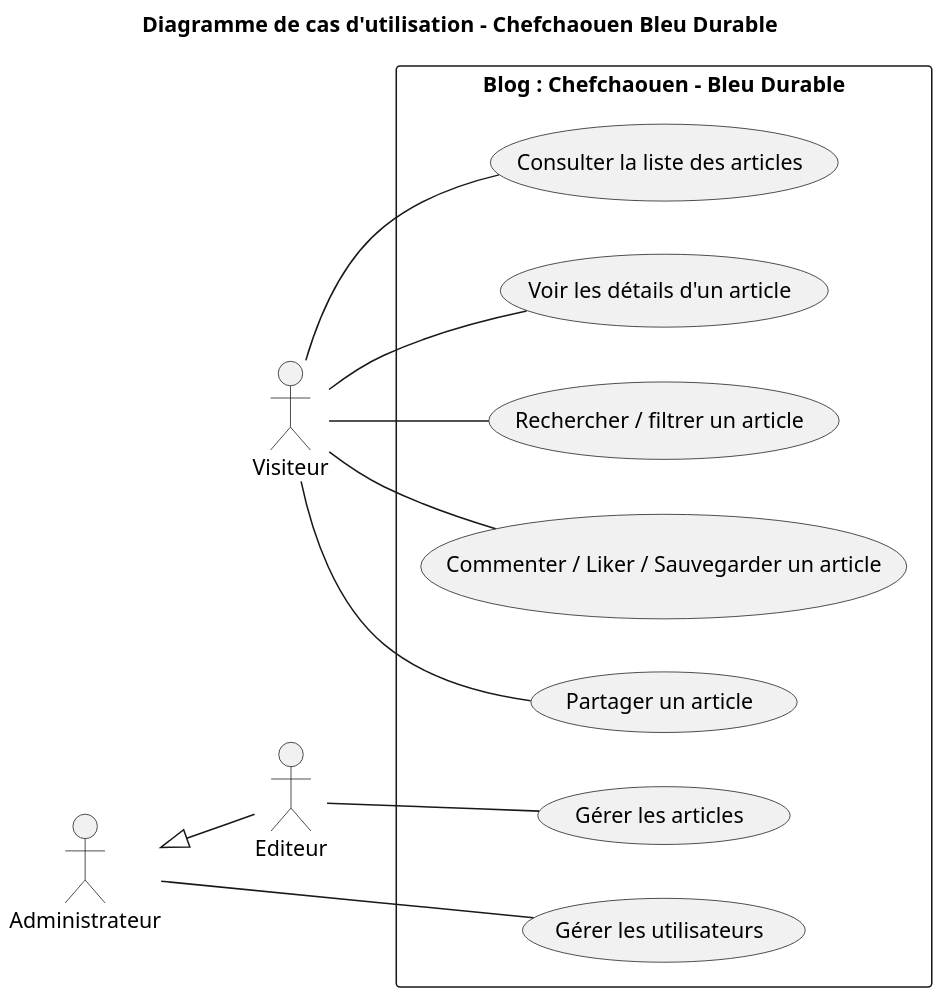
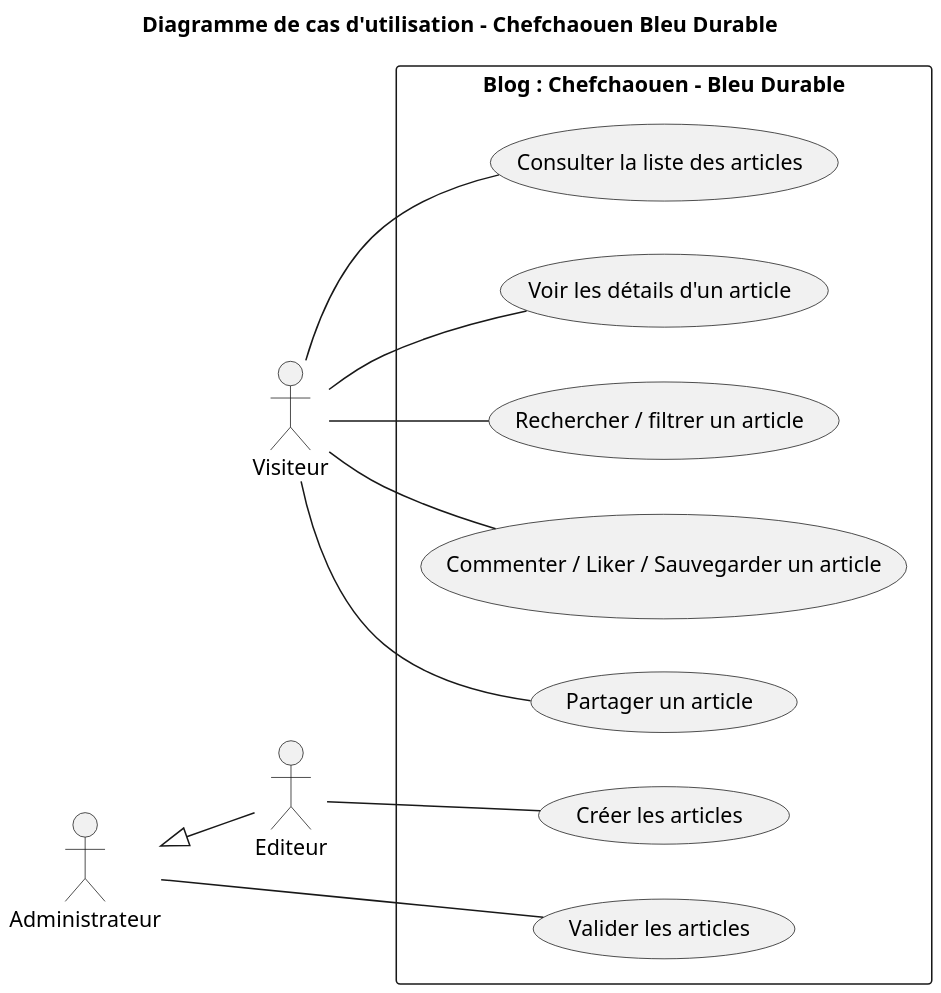
One commit to salma-dev123/analyse_besoin changed the diagram in fonctionnalités_principales/diagram_useCase.puml. Above: the diagram before and after it, drawn with PlantUML.

Commit message:
update diagram use case

```diff
--- a/fonctionnalités_principales/diagram_useCase.puml
+++ b/fonctionnalités_principales/diagram_useCase.puml
@@ -1,35 +1,35 @@
 @startuml
 left to right direction
 scale 1.8
 title Diagramme de cas d'utilisation - Chefchaouen Bleu Durable
 
 actor "Visiteur" as Visiteur
 actor "Administrateur" as Admin
 actor "Editeur" as Editeur
 
 Admin <|-- Editeur
 
 rectangle "Blog : Chefchaouen - Bleu Durable" {
   (Consulter la liste des articles) as UC1
   (Voir les détails d'un article) as UC2
   (Rechercher / filtrer un article) as UC3
   (Commenter / Liker / Sauvegarder un article) as UC4
   (Partager un article) as UC5
-  (Gérer les articles) as UC6
-  (Gérer les utilisateurs) as UC7
+  (Créer les articles) as UC6
+  (Valider les articles) as UC7
 }
 
 ' Relations du Visiteur
 Visiteur -- UC1
 Visiteur -- UC2
 Visiteur -- UC3
 Visiteur -- UC4
 Visiteur -- UC5
 
 ' Relations de l'Editeur
 Editeur -- UC6
 
 ' Relations de l'Administrateur
 Admin -- UC7
 
 @enduml
```
